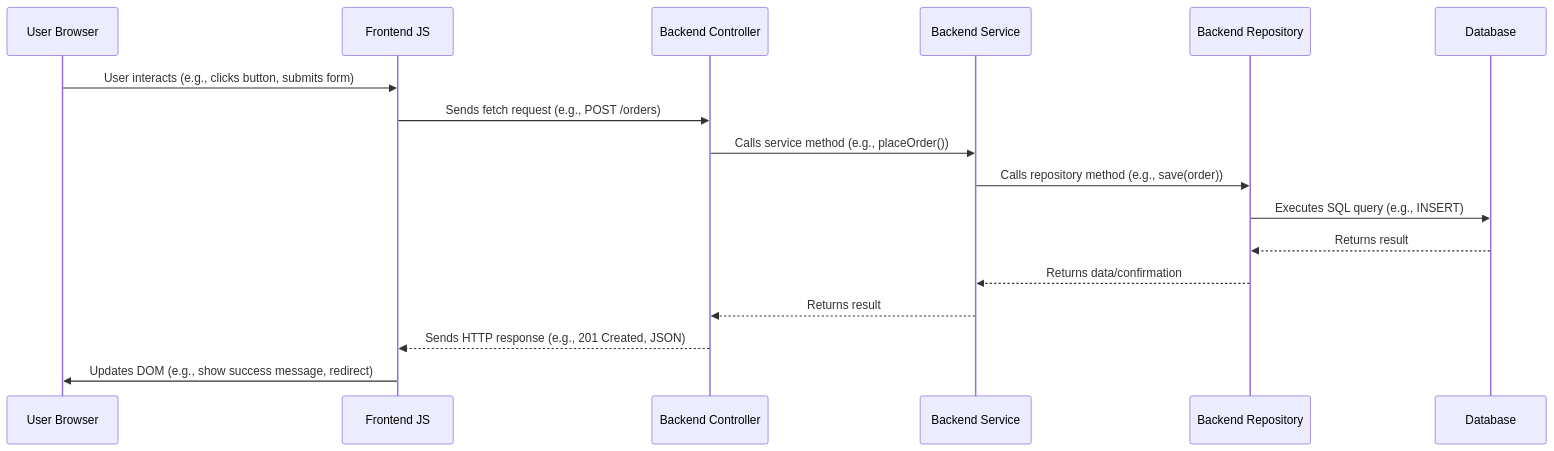
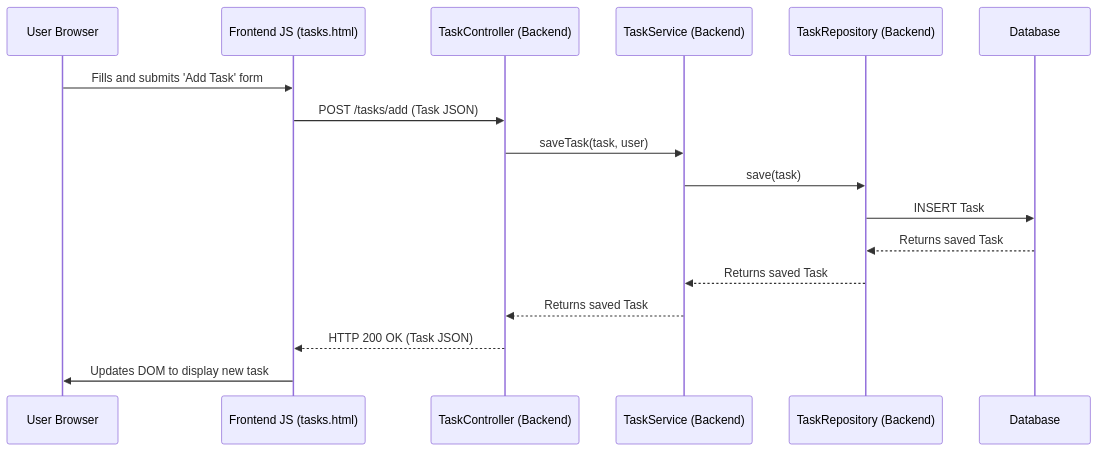
One commit to ratihambara/TugasBesar_PBO changed the diagram in README.md. Above: the diagram before and after it, drawn with Mermaid. The commit also changed other lines of this file and 8 other files, not shown here.

````diff
--- a/README.md
+++ b/README.md
@@ -61,20 +91,20 @@
 ```mermaid
 sequenceDiagram
     participant User Browser
-    participant Frontend JS
-    participant Backend Controller
-    participant Backend Service
-    participant Backend Repository
+    participant Frontend JS (tasks.html)
+    participant TaskController (Backend)
+    participant TaskService (Backend)
+    participant TaskRepository (Backend)
     participant Database
 
-    User Browser->>Frontend JS: User interacts (e.g., clicks button, submits form)
-    Frontend JS->>Backend Controller: Sends fetch request (e.g., POST /orders)
-    Backend Controller->>Backend Service: Calls service method (e.g., placeOrder())
-    Backend Service->>Backend Repository: Calls repository method (e.g., save(order))
-    Backend Repository->>Database: Executes SQL query (e.g., INSERT)
-    Database-->>Backend Repository: Returns result
-    Backend Repository-->>Backend Service: Returns data/confirmation
-    Backend Service-->>Backend Controller: Returns result
-    Backend Controller-->>Frontend JS: Sends HTTP response (e.g., 201 Created, JSON)
-    Frontend JS->>User Browser: Updates DOM (e.g., show success message, redirect)
+    User Browser->>Frontend JS (tasks.html): Fills and submits 'Add Task' form
+    Frontend JS (tasks.html)->>TaskController (Backend): POST /tasks/add (Task JSON)
+    TaskController (Backend)->>TaskService (Backend): saveTask(task, user)
+    TaskService (Backend)->>TaskRepository (Backend): save(task)
+    TaskRepository (Backend)->>Database: INSERT Task
+    Database-->>TaskRepository (Backend): Returns saved Task
+    TaskRepository (Backend)-->>TaskService (Backend): Returns saved Task
+    TaskService (Backend)-->>TaskController (Backend): Returns saved Task
+    TaskController (Backend)-->>Frontend JS (tasks.html): HTTP 200 OK (Task JSON)
+    Frontend JS (tasks.html)->>User Browser: Updates DOM to display new task
 ```
````
